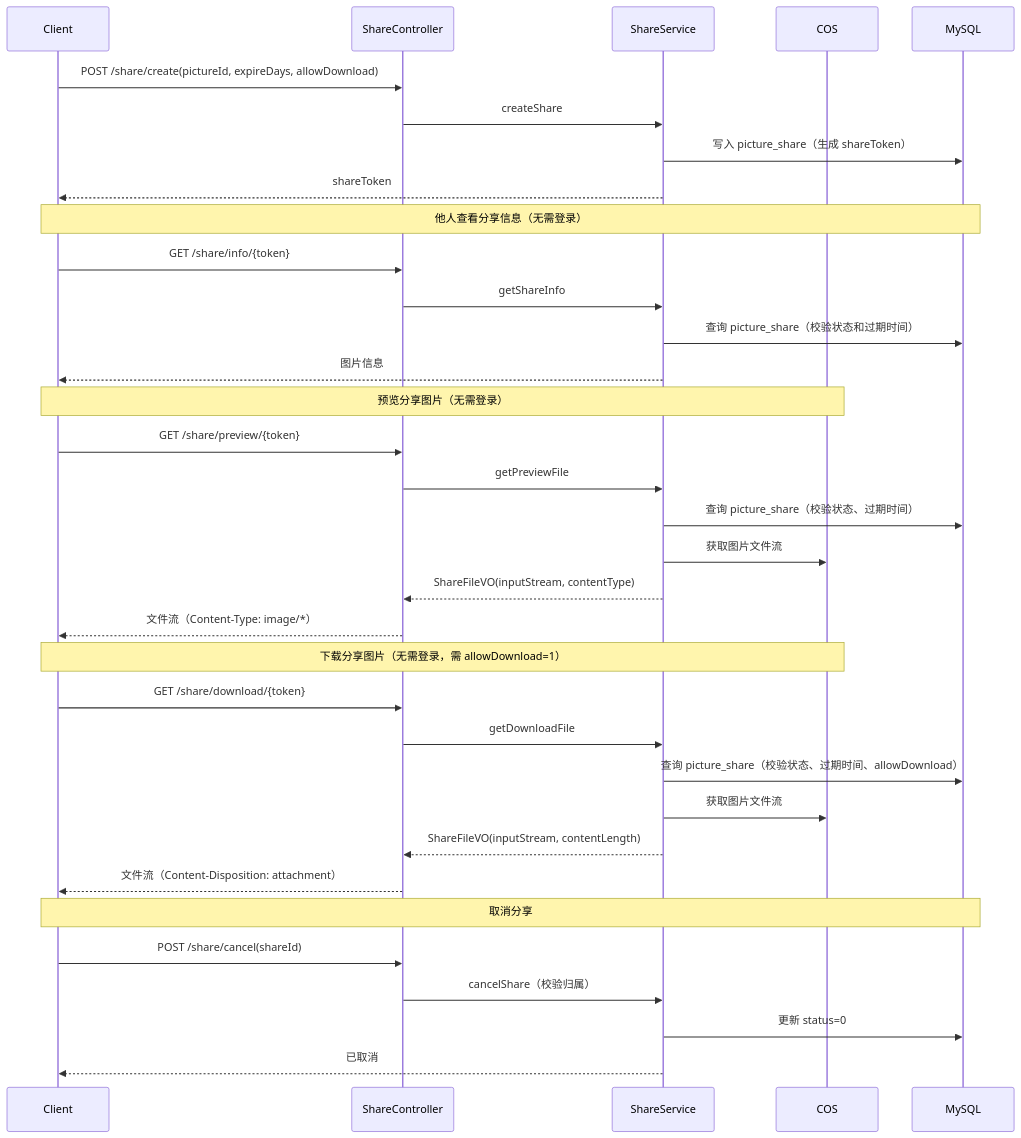
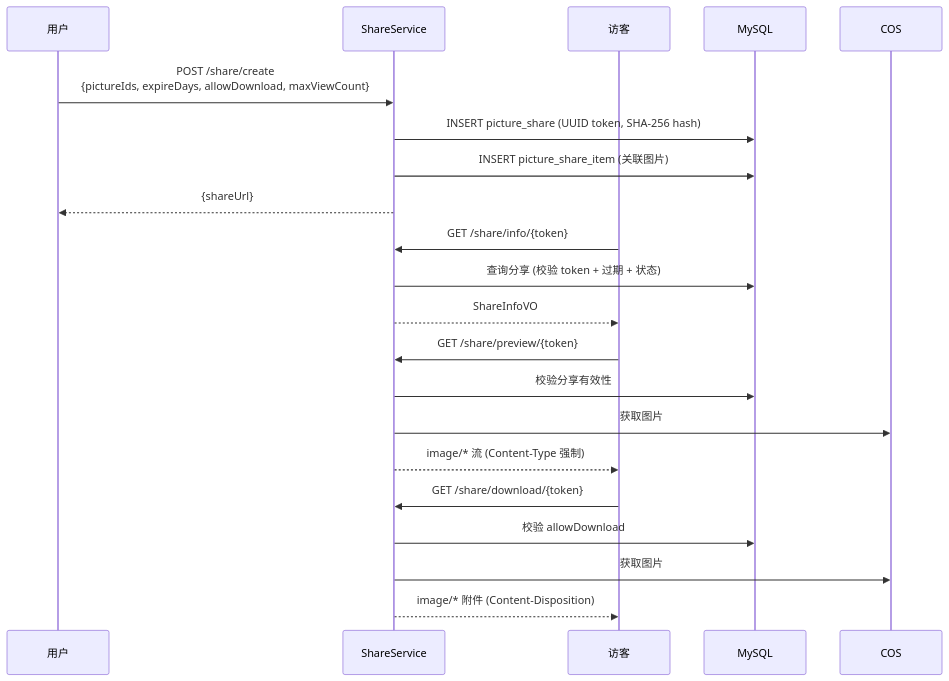
The eighth of 8 diagrams in model/uml_diagrams.md (FishDuM/AI.Image.Material.Collaboration.Platform), drawn with Mermaid before and after one commit. The commit also changed other lines of this file and 106 other files, not shown here.

````diff
--- a/model/uml_diagrams.md
+++ b/model/uml_diagrams.md
@@ -585,41 +652,27 @@
 ```mermaid
 sequenceDiagram
-    participant C as Client
-    participant SC as ShareController
-    participant SS as ShareService
+    participant U as 用户
+    participant S as ShareService
+    participant V as 访客
+    participant DB as MySQL
     participant COS as COS
-    participant DB as MySQL
 
-    C->>SC: POST /share/create(pictureId, expireDays, allowDownload)
-    SC->>SS: createShare
-    SS->>DB: 写入 picture_share（生成 shareToken）
-    SS-->>C: shareToken
+    U->>S: POST /share/create<br/>{pictureIds, expireDays, allowDownload, maxViewCount}
+    S->>DB: INSERT picture_share (UUID token, SHA-256 hash)
+    S->>DB: INSERT picture_share_item (关联图片)
+    S-->>U: {shareUrl}
 
-    Note over C,DB: 他人查看分享信息（无需登录）
-    C->>SC: GET /share/info/{token}
-    SC->>SS: getShareInfo
-    SS->>DB: 查询 picture_share（校验状态和过期时间）
-    SS-->>C: 图片信息
+    V->>S: GET /share/info/{token}
+    S->>DB: 查询分享 (校验 token + 过期 + 状态)
+    S-->>V: ShareInfoVO
 
-    Note over C,COS: 预览分享图片（无需登录）
-    C->>SC: GET /share/preview/{token}
-    SC->>SS: getPreviewFile
-    SS->>DB: 查询 picture_share（校验状态、过期时间）
-    SS->>COS: 获取图片文件流
-    SS-->>SC: ShareFileVO(inputStream, contentType)
-    SC-->>C: 文件流（Content-Type: image/*）
+    V->>S: GET /share/preview/{token}
+    S->>DB: 校验分享有效性
+    S->>COS: 获取图片
+    S-->>V: image/* 流 (Content-Type 强制)
 
-    Note over C,COS: 下载分享图片（无需登录，需 allowDownload=1）
-    C->>SC: GET /share/download/{token}
-    SC->>SS: getDownloadFile
-    SS->>DB: 查询 picture_share（校验状态、过期时间、allowDownload）
-    SS->>COS: 获取图片文件流
-    SS-->>SC: ShareFileVO(inputStream, contentLength)
-    SC-->>C: 文件流（Content-Disposition: attachment）
-
-    Note over C,DB: 取消分享
-    C->>SC: POST /share/cancel(shareId)
-    SC->>SS: cancelShare（校验归属）
-    SS->>DB: 更新 status=0
-    SS-->>C: 已取消
+    V->>S: GET /share/download/{token}
+    S->>DB: 校验 allowDownload
+    S->>COS: 获取图片
+    S-->>V: image/* 附件 (Content-Disposition)
 ```
````
